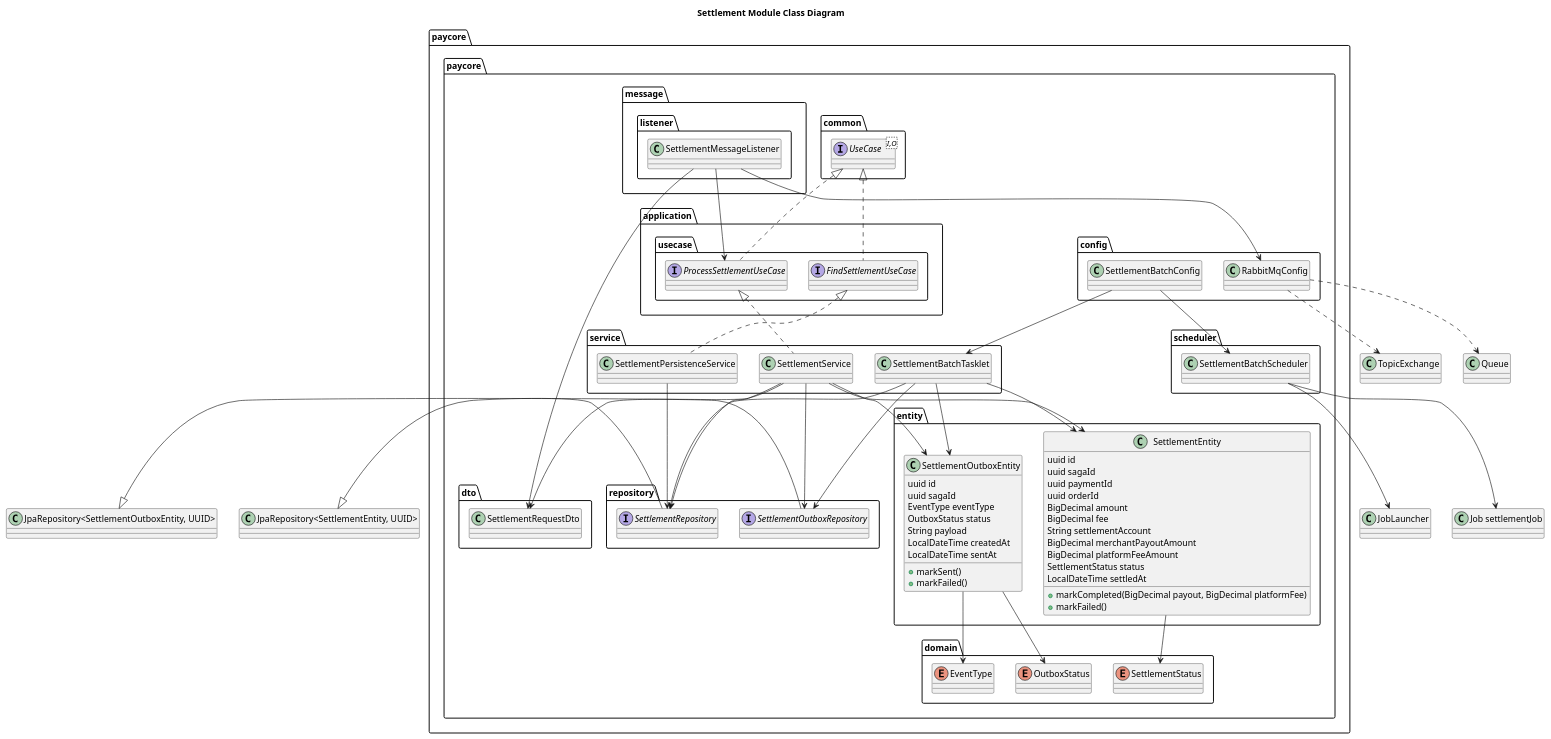
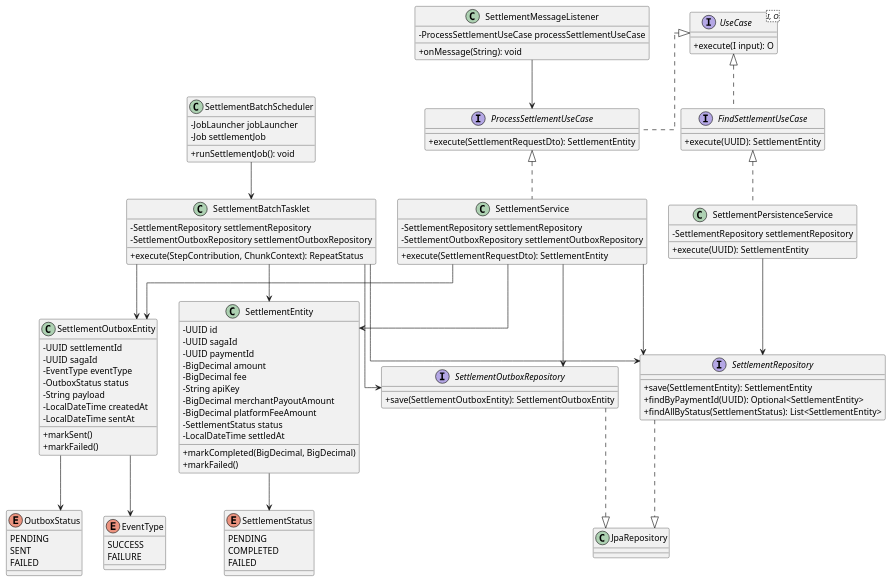
One commit to Paycore-Team/Paycore changed the diagram in settlement-service/src/main/java/paycore/paycore/ClassDiagrm.puml. Above: the diagram before and after it, drawn with PlantUML. The commit also changed 2 other files, not shown here.

Commit message:
[FEAT] 정산 다이어그램 추가

```diff
--- a/settlement-service/src/main/java/paycore/paycore/ClassDiagrm.puml
+++ b/settlement-service/src/main/java/paycore/paycore/ClassDiagrm.puml
@@ -1,115 +1,147 @@
 @startuml
-title Settlement Module Class Diagram
+skinparam classAttributeIconSize 0
+skinparam linetype ortho
 
-package "paycore.paycore" {
-    package common {
-        interface UseCase<I,O>
-    }
 
-    package dto {
-        class SettlementRequestDto
-    }
-
-    package domain {
-        enum SettlementStatus
-        enum EventType
-        enum OutboxStatus
-    }
-
-    package entity {
-        class SettlementEntity {
-            uuid id
-            uuid sagaId
-            uuid paymentId
-            uuid orderId
-            BigDecimal amount
-            BigDecimal fee
-            String settlementAccount
-            BigDecimal merchantPayoutAmount
-            BigDecimal platformFeeAmount
-            SettlementStatus status
-            LocalDateTime settledAt
-            +markCompleted(BigDecimal payout, BigDecimal platformFee)
-            +markFailed()
-        }
-
-        class SettlementOutboxEntity {
-            uuid id
-            uuid sagaId
-            EventType eventType
-            OutboxStatus status
-            String payload
-            LocalDateTime createdAt
-            LocalDateTime sentAt
-            +markSent()
-            +markFailed()
-        }
-    }
-
-    package repository {
-        interface SettlementRepository
-        interface SettlementOutboxRepository
-    }
-
-    package application.usecase {
-        interface ProcessSettlementUseCase
-        interface FindSettlementUseCase
-    }
-
-    package service {
-        class SettlementService
-        class SettlementPersistenceService
-        class SettlementBatchTasklet
-    }
-
-    package message.listener {
-        class SettlementMessageListener
-    }
-
-    package config {
-        class RabbitMqConfig
-        class SettlementBatchConfig
-    }
-
-    package scheduler {
-        class SettlementBatchScheduler
-    }
+' Domain Enums
+enum SettlementStatus {
+    PENDING
+    COMPLETED
+    FAILED
 }
 
+enum EventType {
+    SUCCESS
+    FAILURE
+}
+
+enum OutboxStatus {
+    PENDING
+    SENT
+    FAILED
+}
+
+' Common Interface
+interface UseCase<I, O> {
+    +execute(I input): O
+}
+
+
+
+' Entities
+class SettlementEntity {
+    -UUID id
+    -UUID sagaId
+    -UUID paymentId
+    -BigDecimal amount
+    -BigDecimal fee
+    -String apiKey
+    -BigDecimal merchantPayoutAmount
+    -BigDecimal platformFeeAmount
+    -SettlementStatus status
+    -LocalDateTime settledAt
+    +markCompleted(BigDecimal, BigDecimal)
+    +markFailed()
+}
+
+class SettlementOutboxEntity {
+    -UUID settlementId
+    -UUID sagaId
+    -EventType eventType
+    -OutboxStatus status
+    -String payload
+    -LocalDateTime createdAt
+    -LocalDateTime sentAt
+    +markSent()
+    +markFailed()
+}
+
+' Repositories
+interface SettlementRepository {
+    +save(SettlementEntity): SettlementEntity
+    +findByPaymentId(UUID): Optional<SettlementEntity>
+    +findAllByStatus(SettlementStatus): List<SettlementEntity>
+}
+
+interface SettlementOutboxRepository {
+    +save(SettlementOutboxEntity): SettlementOutboxEntity
+}
+
+' Use Cases
+interface ProcessSettlementUseCase {
+    +execute(SettlementRequestDto): SettlementEntity
+}
+
+interface FindSettlementUseCase {
+    +execute(UUID): SettlementEntity
+}
+
+' Services
+class SettlementService {
+    -SettlementRepository settlementRepository
+    -SettlementOutboxRepository settlementOutboxRepository
+    +execute(SettlementRequestDto): SettlementEntity
+}
+
+class SettlementPersistenceService {
+    -SettlementRepository settlementRepository
+    +execute(UUID): SettlementEntity
+}
+
+class SettlementBatchTasklet {
+    -SettlementRepository settlementRepository
+    -SettlementOutboxRepository settlementOutboxRepository
+    +execute(StepContribution, ChunkContext): RepeatStatus
+}
+
+' Message Listener
+class SettlementMessageListener {
+    -ProcessSettlementUseCase processSettlementUseCase
+    +onMessage(String): void
+}
+
+' Scheduler & Config
+class SettlementBatchScheduler {
+    -JobLauncher jobLauncher
+    -Job settlementJob
+    +runSettlementJob(): void
+}
+
+
+' Relationships - Inheritance
 UseCase <|.. ProcessSettlementUseCase
 UseCase <|.. FindSettlementUseCase
 
+' Relationships - Implementation
 ProcessSettlementUseCase <|.. SettlementService
 FindSettlementUseCase <|.. SettlementPersistenceService
 
+' Relationships - Service Dependencies
 SettlementService --> SettlementRepository
 SettlementService --> SettlementOutboxRepository
-SettlementService --> SettlementRequestDto
 SettlementService --> SettlementEntity
 SettlementService --> SettlementOutboxEntity
 
 SettlementPersistenceService --> SettlementRepository
-SettlementMessageListener --> ProcessSettlementUseCase
-SettlementMessageListener --> SettlementRequestDto
-SettlementMessageListener --> RabbitMqConfig
 
 SettlementBatchTasklet --> SettlementRepository
 SettlementBatchTasklet --> SettlementOutboxRepository
 SettlementBatchTasklet --> SettlementEntity
 SettlementBatchTasklet --> SettlementOutboxEntity
 
-SettlementBatchConfig --> SettlementBatchTasklet
-SettlementBatchConfig --> SettlementBatchScheduler
-SettlementBatchScheduler --> "JobLauncher"
-SettlementBatchScheduler --> "Job settlementJob"
+' Relationships - Listener Dependencies
+SettlementMessageListener --> ProcessSettlementUseCase
 
-RabbitMqConfig ..> "TopicExchange"
-RabbitMqConfig ..> "Queue"
+' Relationships - Batch Dependencies
+SettlementBatchScheduler --> SettlementBatchTasklet
 
-SettlementRepository -left-|> "JpaRepository<SettlementEntity, UUID>"
-SettlementOutboxRepository -left-|> "JpaRepository<SettlementOutboxEntity, UUID>"
-
+' Relationships - Entity to Enum
 SettlementEntity --> SettlementStatus
 SettlementOutboxEntity --> EventType
 SettlementOutboxEntity --> OutboxStatus
+
+' Relationships - Repository to JPA
+SettlementRepository ..|> JpaRepository
+SettlementOutboxRepository ..|> JpaRepository
+
 @enduml
```
